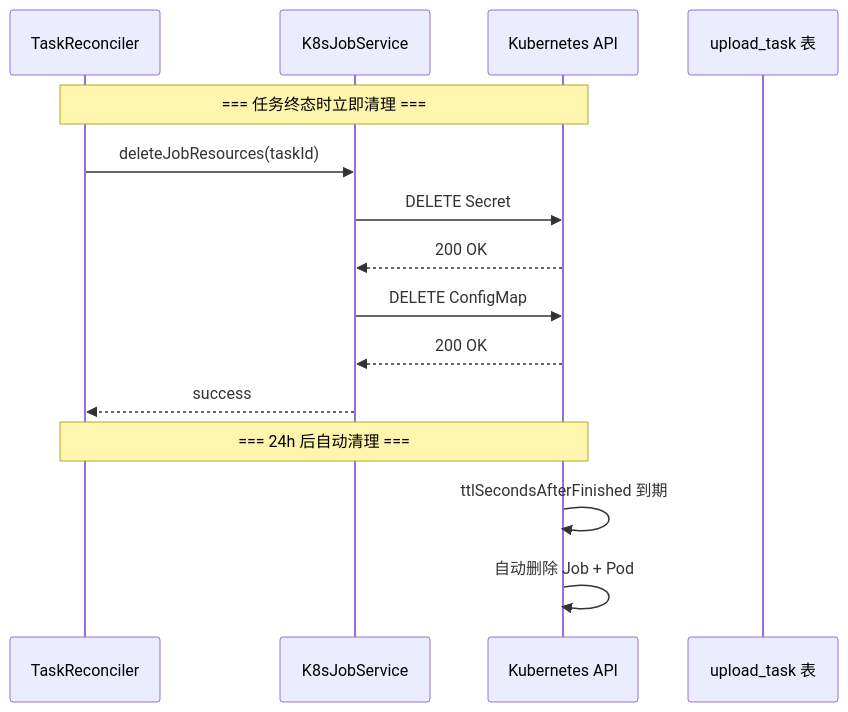
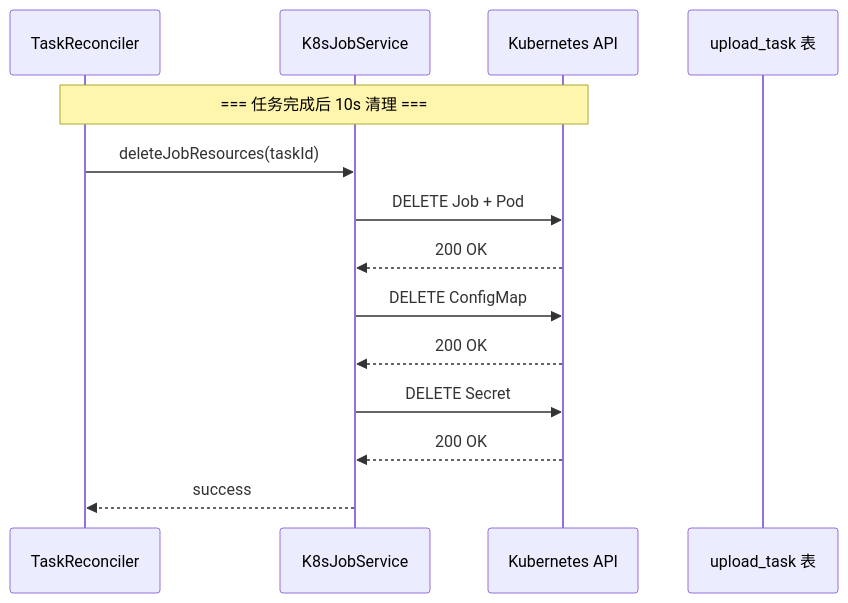
Diagram 14 of 14 in docs/features/feature-4-weight-import-design-enhanced.md (HaoruiSong622/model-lite-repository), drawn with Mermaid before and after one commit. The commit also changed other lines of this file and 6 other files, not shown here.

````diff
--- a/docs/features/feature-4-weight-import-design-enhanced.md
+++ b/docs/features/feature-4-weight-import-design-enhanced.md
@@ -4001,19 +4002,17 @@
 ```mermaid
 sequenceDiagram
     participant TaskReconciler
     participant K8sSvc as K8sJobService
     participant K8s as Kubernetes API
     participant DB as upload_task 表
 
-    Note over TaskReconciler,K8s: === 任务终态时立即清理 ===
+    Note over TaskReconciler,K8s: === 任务完成后 10s 清理 ===
     TaskReconciler->>K8sSvc: deleteJobResources(taskId)
-    K8sSvc->>K8s: DELETE Secret
+    K8sSvc->>K8s: DELETE Job + Pod
     K8s-->>K8sSvc: 200 OK
     K8sSvc->>K8s: DELETE ConfigMap
     K8s-->>K8sSvc: 200 OK
+    K8sSvc->>K8s: DELETE Secret
+    K8s-->>K8sSvc: 200 OK
     K8sSvc-->>TaskReconciler: success
-
-    Note over TaskReconciler,K8s: === 24h 后自动清理 ===
-    K8s->>K8s: ttlSecondsAfterFinished 到期
-    K8s->>K8s: 自动删除 Job + Pod
 ```
````
